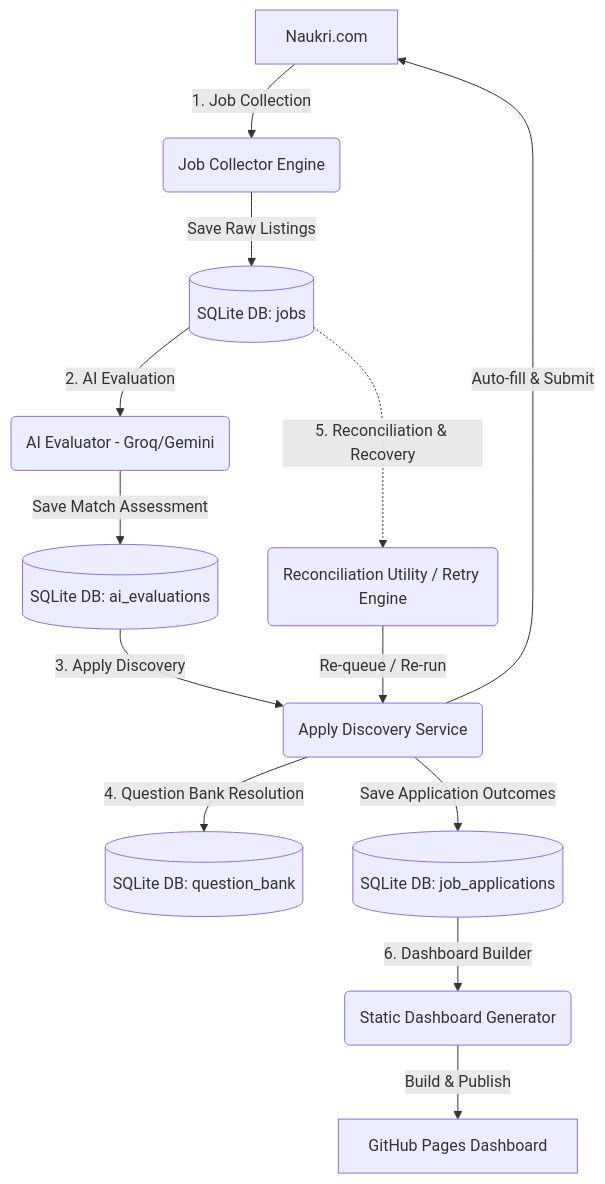
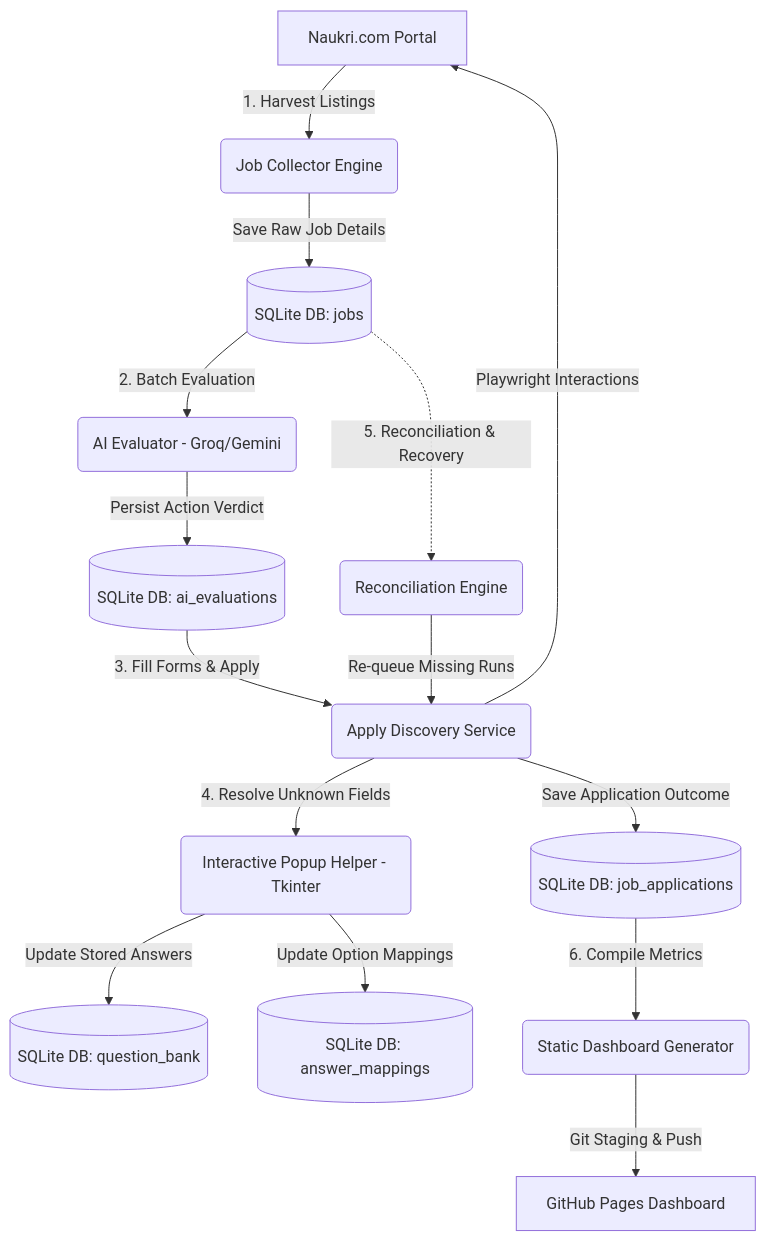
The diagram in README.md (kaushikpranay/Naukri-Auto-Apply), drawn with Mermaid before and after one commit. The commit also changed other lines of this file and 28 other files, not shown here.

````diff
--- a/README.md
+++ b/README.md
@@ -9,17 +9,19 @@
 ```mermaid
 graph TD
-    A[Naukri.com] -->|1. Job Collection| B(Job Collector Engine)
-    B -->|Save Raw Listings| C[(SQLite DB: jobs)]
-    C -->|2. AI Evaluation| D(AI Evaluator - Groq/Gemini)
-    D -->|Save Match Assessment| E[(SQLite DB: ai_evaluations)]
-    E -->|3. Apply Discovery| F(Apply Discovery Service)
-    F -->|Auto-fill & Submit| A
-    F -->|4. Question Bank Resolution| G[(SQLite DB: question_bank)]
-    F -->|Save Application Outcomes| H[(SQLite DB: job_applications)]
+    A[Naukri.com Portal] -->|1. Harvest Listings| B(Job Collector Engine)
+    B -->|Save Raw Job Details| C[(SQLite DB: jobs)]
+    C -->|2. Batch Evaluation| D(AI Evaluator - Groq/Gemini)
+    D -->|Persist Action Verdict| E[(SQLite DB: ai_evaluations)]
+    E -->|3. Fill Forms & Apply| F(Apply Discovery Service)
+    F -->|Playwright Interactions| A
+    F -->|4. Resolve Unknown Fields| G(Interactive Popup Helper - Tkinter)
+    G -->|Update Stored Answers| H[(SQLite DB: question_bank)]
+    G -->|Update Option Mappings| I[(SQLite DB: answer_mappings)]
+    F -->|Save Application Outcome| J[(SQLite DB: job_applications)]
     
-    C -.->|5. Reconciliation & Recovery| I(Reconciliation Utility / Retry Engine)
-    I -->|Re-queue / Re-run| F
+    C -.->|5. Reconciliation & Recovery| K(Reconciliation Engine)
+    K -->|Re-queue Missing Runs| F
 
-    H -->|6. Dashboard Builder| J(Static Dashboard Generator)
-    J -->|Build & Publish| K[GitHub Pages Dashboard]
+    J -->|6. Compile Metrics| L(Static Dashboard Generator)
+    L -->|Git Staging & Push| M[GitHub Pages Dashboard]
 ```
````
